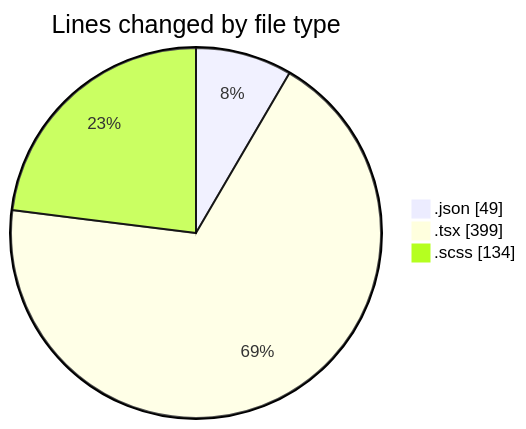
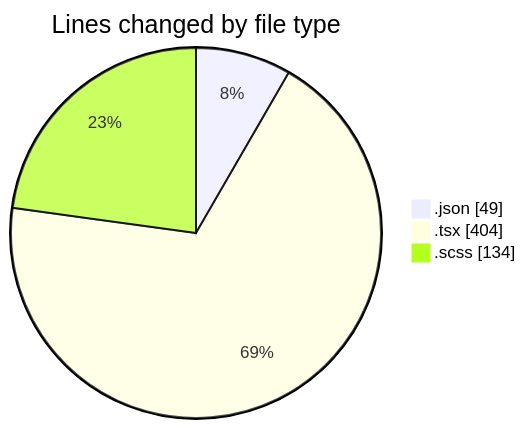
One commit to momahboobian/code-tracking changed the first of 2 diagrams in 2025-08-20/cda/README.md. Above: the diagram before and after it, drawn with Mermaid. The commit also changed other lines of this file and 1 other file, not shown here.

````diff
--- a/2025-08-20/cda/README.md
+++ b/2025-08-20/cda/README.md
@@ -23,7 +23,7 @@
 ```mermaid
 pie showData
 title Lines changed by file type
 ".json" : 49
-".tsx" : 399
+".tsx" : 404
 ".scss" : 134
 ```
````
